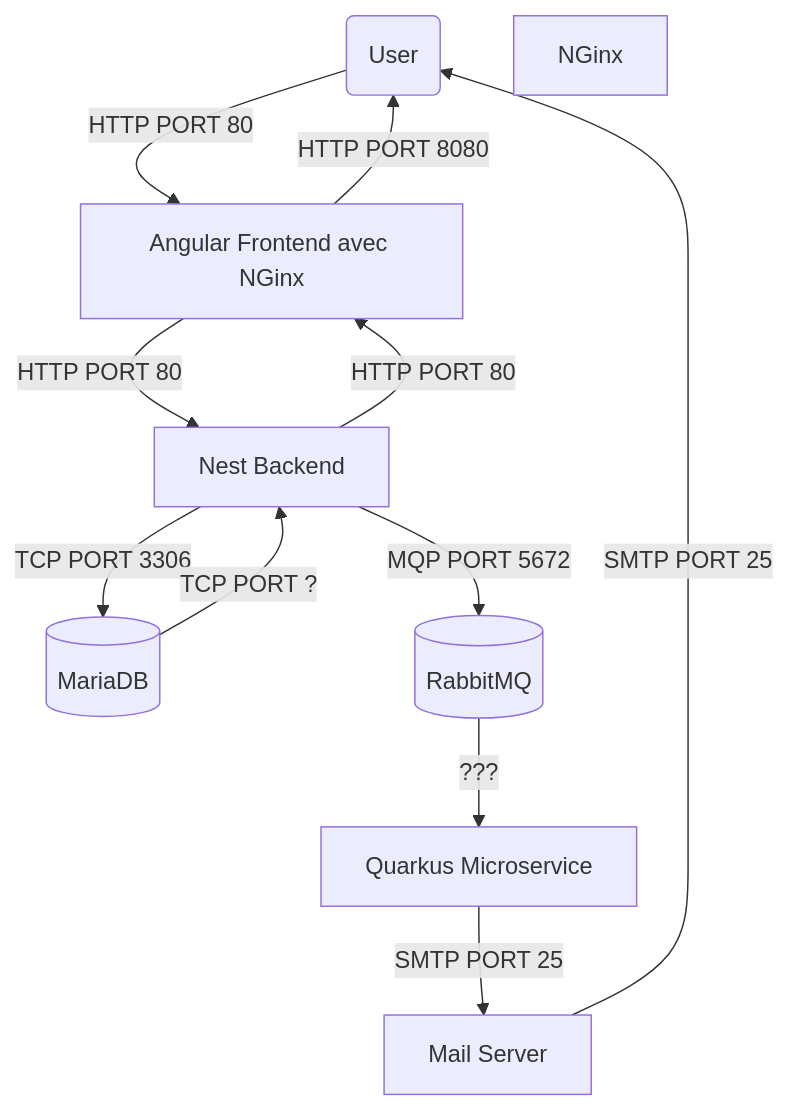
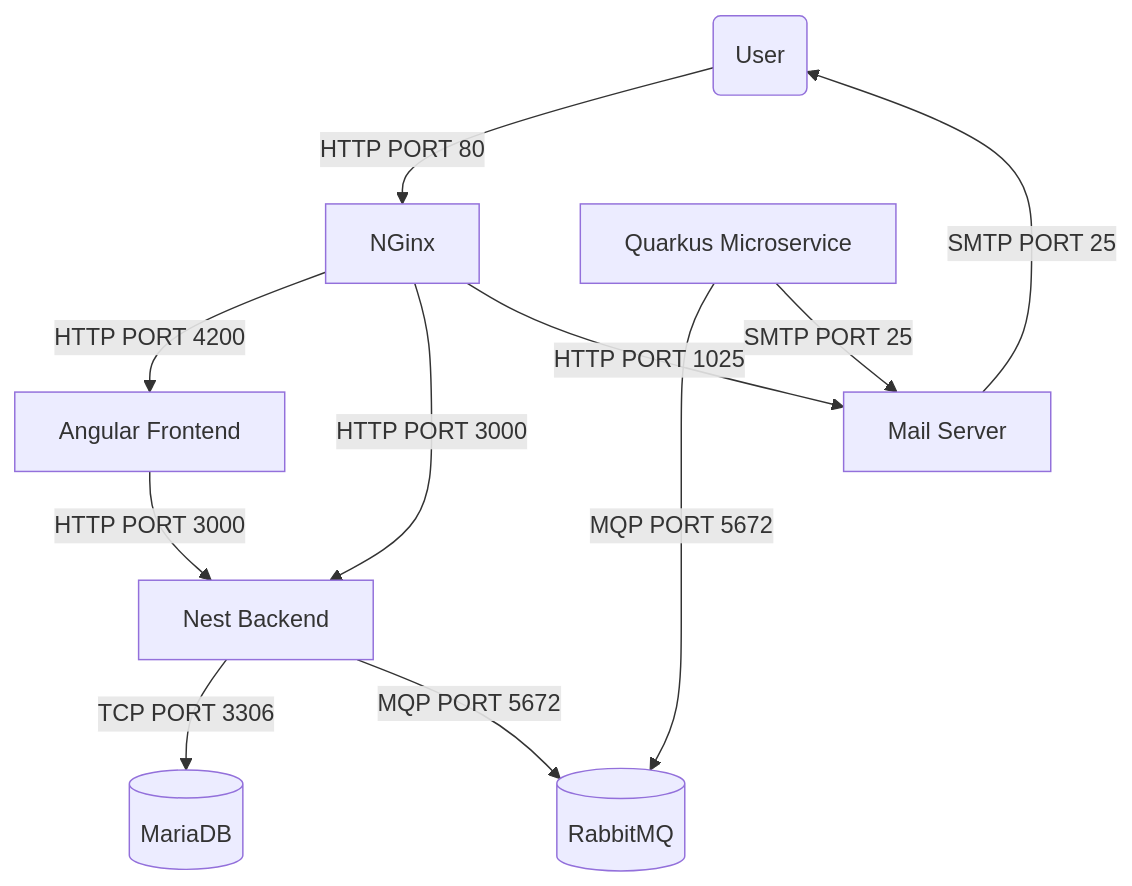
Before and after one commit to Caeles12/projWeb: the diagram in Architecture.md, drawn with Mermaid. The commit also changed other lines of this file, not shown here.

````diff
--- a/Architecture.md
+++ b/Architecture.md
@@ -3,31 +5,32 @@
 ```mermaid
 
 flowchart TB
 
   U(User)
   D[(MariaDB)]
-  F[Angular Frontend avec NGinx]
+  F[Angular Frontend]
   B[Nest Backend]
   N[NGinx]
   M[(RabbitMQ)]
   Q[Quarkus Microservice]
   Ml[Mail Server]
 
-  U -->|HTTP PORT 80| F
-  F -->|HTTP PORT 8080| U
+  U -->|HTTP PORT 80| N
+  N -->|HTTP PORT 4200| F
+  N -->|HTTP PORT 3000| B
+  N -->|HTTP PORT 1025| Ml
 
-  F -->|HTTP PORT 80| B
-  B -->|HTTP PORT 80| F
+  F -->|HTTP PORT 3000| B
+
 
   B -->|TCP PORT 3306| D
-  D -->|TCP PORT ?| B
 
   B -->|MQP PORT 5672| M
 
-  M -->| ??? | Q
+  Q -->|MQP PORT 5672 | M
 
   Q -->|SMTP PORT 25| Ml
 
   Ml -->|SMTP PORT 25| U
 
 ```
````
